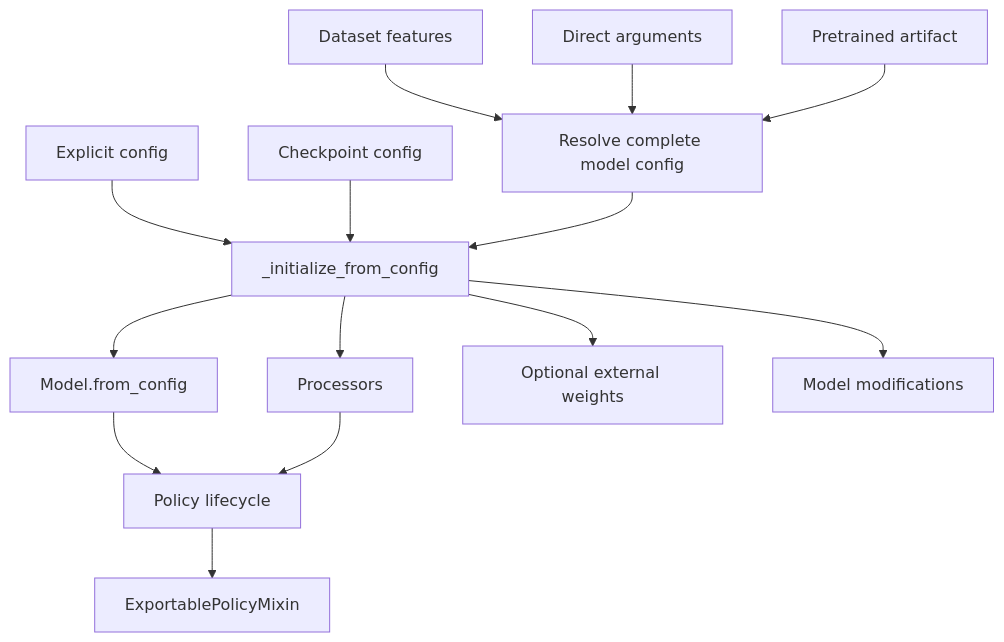
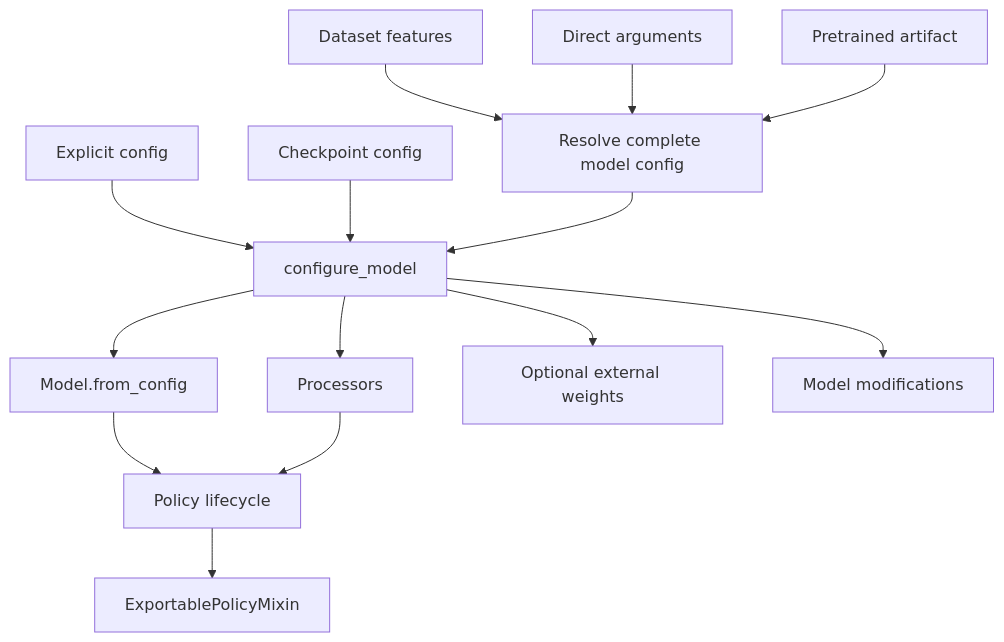
The diagram in library/docs/explanation/policy/README.md (alfieroddan/physical-ai-studio), drawn with Mermaid before and after one commit. The commit also changed other lines of this file and 9 other files, not shown here.

````diff
--- a/library/docs/explanation/policy/README.md
+++ b/library/docs/explanation/policy/README.md
@@ -33,16 +33,16 @@
 ```mermaid
 graph TD
     D[Dataset features] --> R[Resolve complete model config]
     A[Direct arguments] --> R
     H[Pretrained artifact] --> R
-    C[Explicit config] --> I[_initialize_from_config]
+    C[Explicit config] --> I[configure_model]
     K[Checkpoint config] --> I
     R --> I
     I --> M[Model.from_config]
     I --> P[Processors]
     I --> W[Optional external weights]
     I --> X[Model modifications]
     M --> L[Policy lifecycle]
     P --> L
     L --> E[ExportablePolicyMixin]
 ```
````
